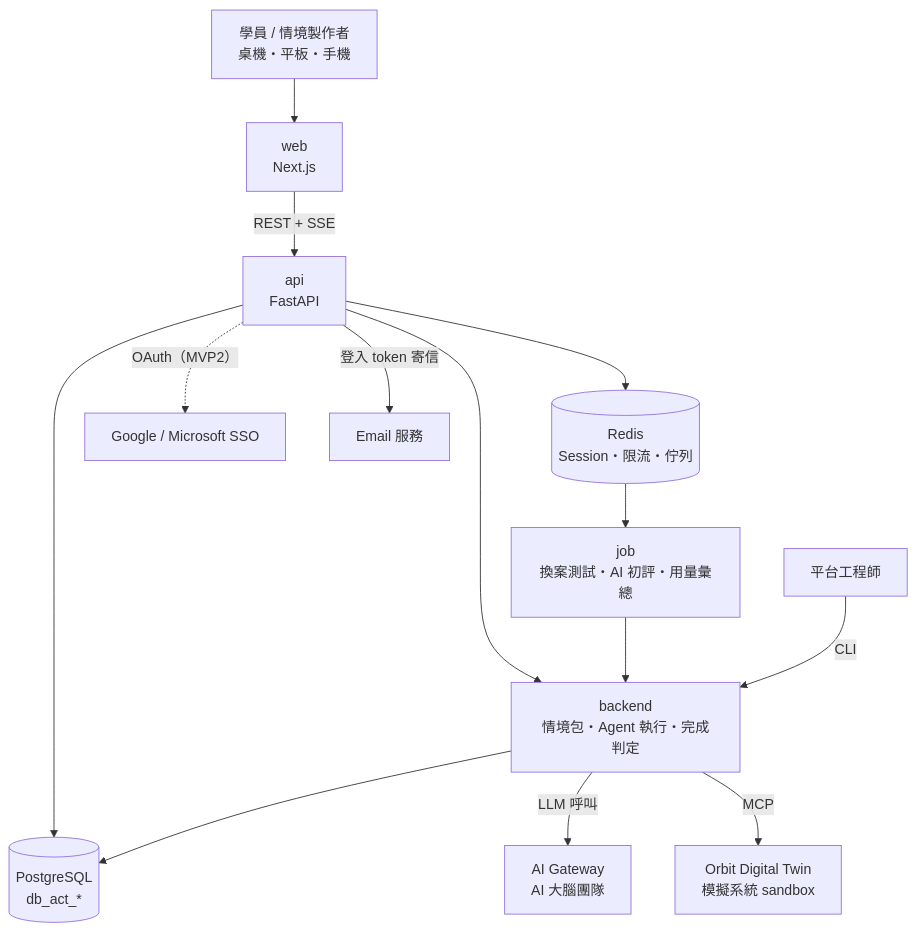
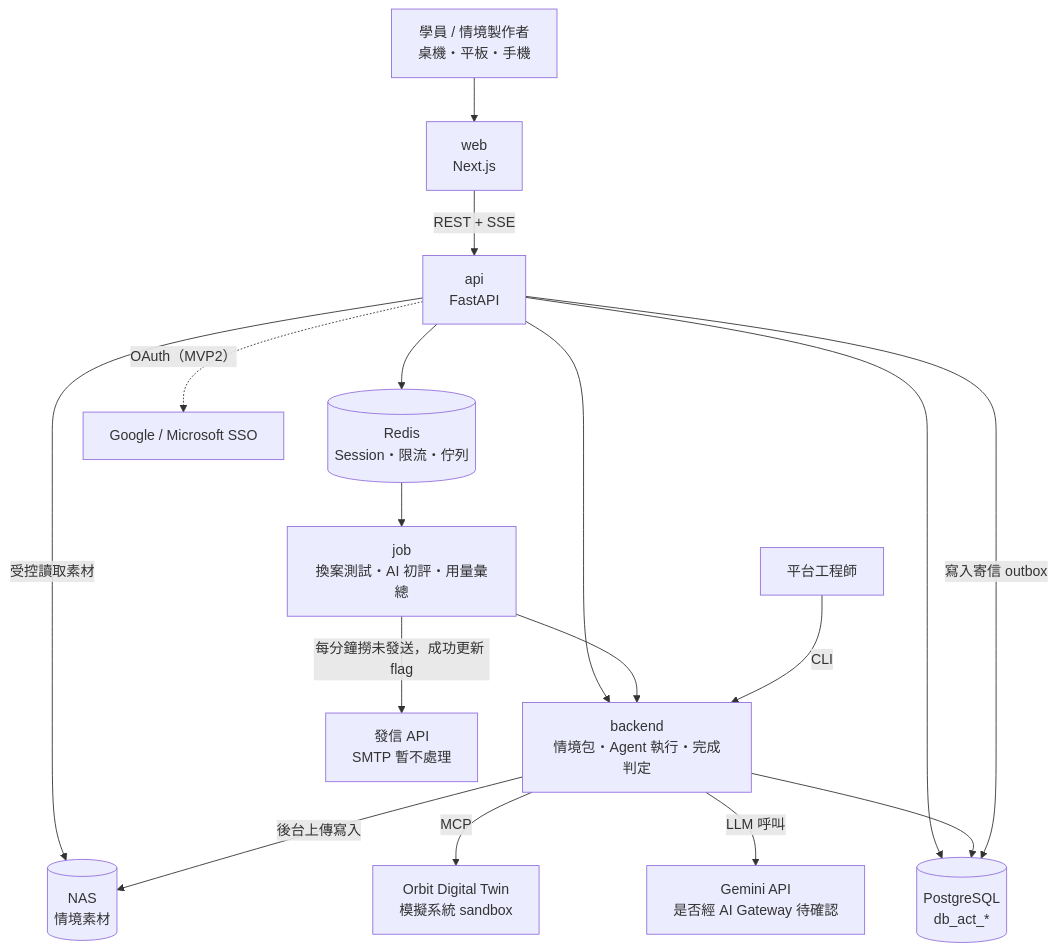
The diagram in docs/design/ARCHITECTURE.md (Blackjtsai/AgentCraft), drawn with Mermaid before and after one commit. The commit also changed other lines of this file and 53 other files, not shown here.

First line of the commit message:
checkpoint: 網站地圖圖庫、回推 PRD 準備、截圖標註更正

````diff
--- a/docs/design/ARCHITECTURE.md
+++ b/docs/design/ARCHITECTURE.md
@@ -7,19 +7,23 @@
 ```mermaid
 graph TD
     U[學員 / 情境製作者<br/>桌機・平板・手機] --> WEB[web<br/>Next.js]
     WEB -->|REST + SSE| API[api<br/>FastAPI]
 
     API --> PG[(PostgreSQL<br/>db_act_*)]
     API --> RD[(Redis<br/>Session・限流・佇列)]
     API --> BE[backend<br/>情境包・Agent 執行・完成判定]
     RD --> JOB[job<br/>換案測試・AI 初評・用量彙總]
     JOB --> BE
     BE --> PG
 
     API -.->|OAuth（MVP2）| IDP[Google / Microsoft SSO]
-    API -->|登入 token 寄信| MAIL[Email 服務]
-    BE -->|LLM 呼叫| GW[AI Gateway<br/>AI 大腦團隊]
+    API -->|寫入寄信 outbox| PG
+    JOB -->|每分鐘撈未發送，成功更新 flag| MAIL[發信 API<br/>SMTP 暫不處理]
+    BE -->|LLM 呼叫| GW[Gemini API<br/>是否經 AI Gateway 待確認]
     BE -->|MCP| TWIN[Orbit Digital Twin<br/>模擬系統 sandbox]
+
+    API -->|受控讀取素材| NAS[(NAS<br/>情境素材)]
+    BE -->|後台上傳寫入| NAS
 
     ENG[平台工程師] -->|CLI| BE
 ```
````
